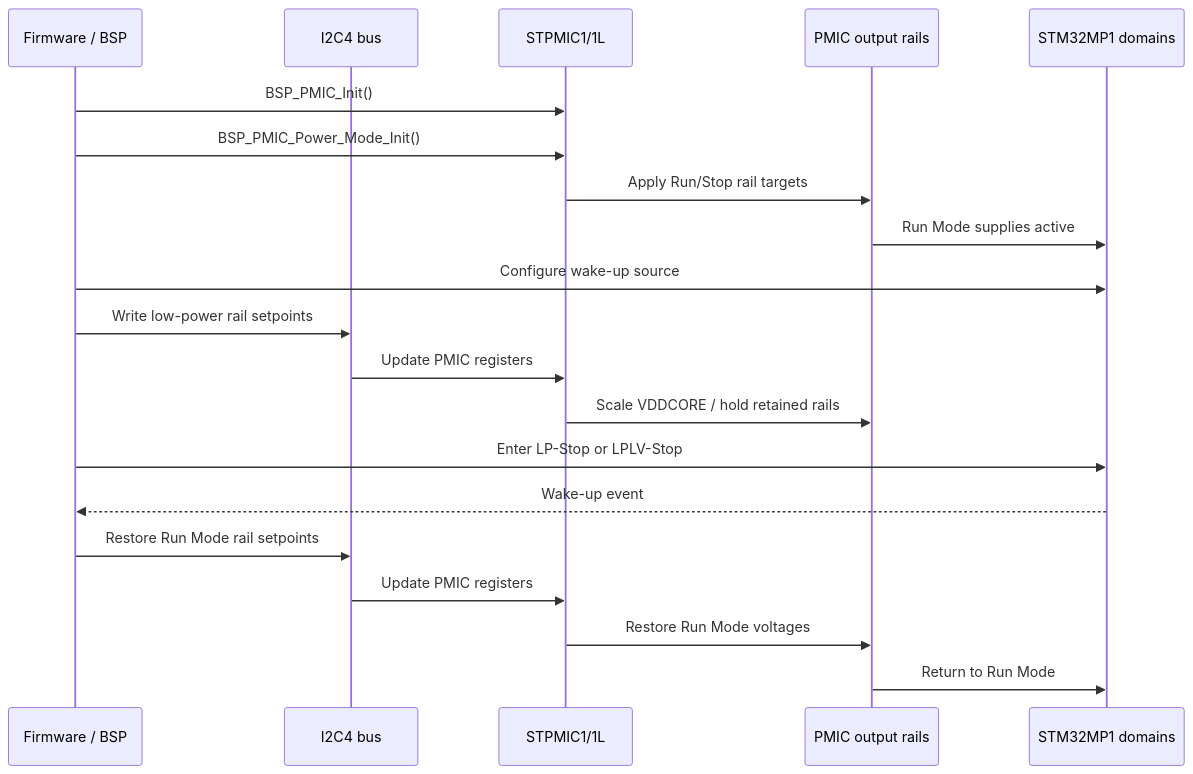
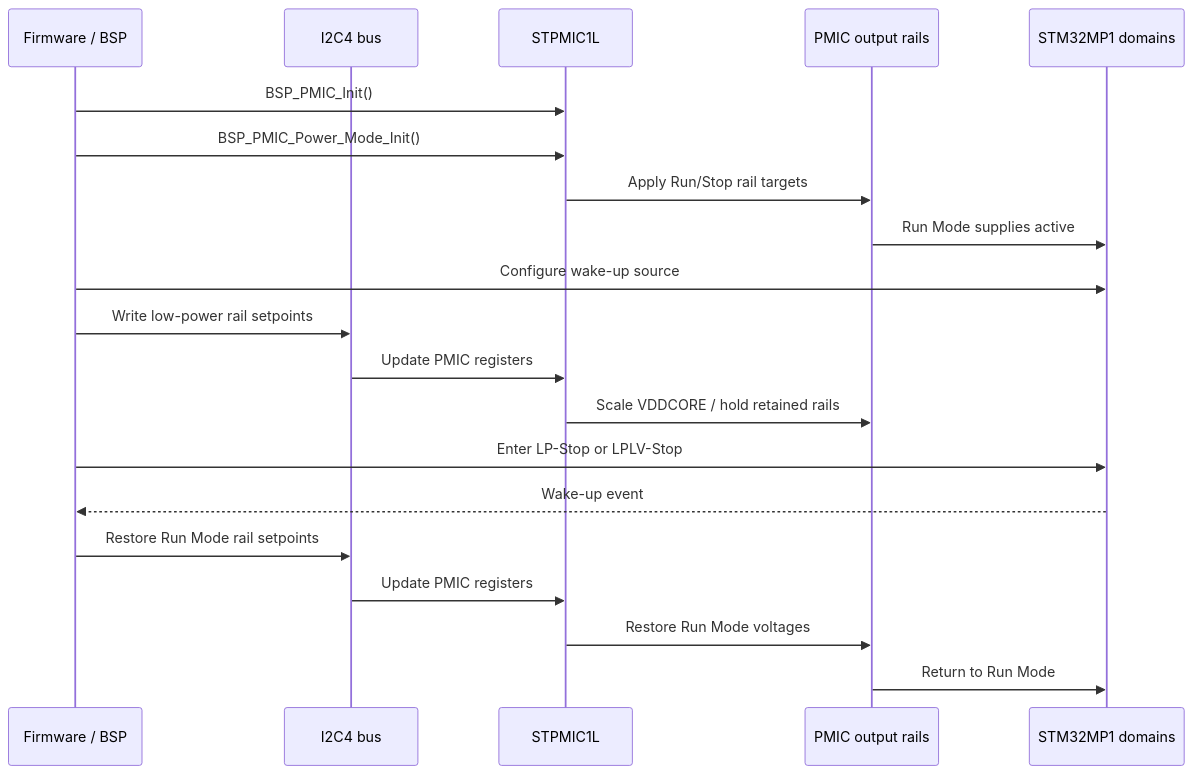
Before and after one commit to RohitRamchandani1/PMIC_Paper: the diagram in 10.Re write using review/Final Paper.md, drawn with Mermaid. The commit also changed other lines of this file, not shown here.

Commit message:
STPMIC1 content removed

````diff
--- a/10.Re write using review/Final Paper.md
+++ b/10.Re write using review/Final Paper.md
@@ -162,23 +157,23 @@
 ```mermaid
 sequenceDiagram
 	participant FW as Firmware / BSP
 	participant I2C as I2C4 bus
-	participant PMIC as STPMIC1/1L
+	participant PMIC as STPMIC1L
 	participant Rails as PMIC output rails
 	participant MPU as STM32MP1 domains
 
 	FW->>PMIC: BSP_PMIC_Init()
 	FW->>PMIC: BSP_PMIC_Power_Mode_Init()
 	PMIC->>Rails: Apply Run/Stop rail targets
 	Rails->>MPU: Run Mode supplies active
 	FW->>MPU: Configure wake-up source
 	FW->>I2C: Write low-power rail setpoints
 	I2C->>PMIC: Update PMIC registers
 	PMIC->>Rails: Scale VDDCORE / hold retained rails
 	FW->>MPU: Enter LP-Stop or LPLV-Stop
 	MPU-->>FW: Wake-up event
 	FW->>I2C: Restore Run Mode rail setpoints
 	I2C->>PMIC: Update PMIC registers
 	PMIC->>Rails: Restore Run Mode voltages
 	Rails->>MPU: Return to Run Mode
 ```
````
